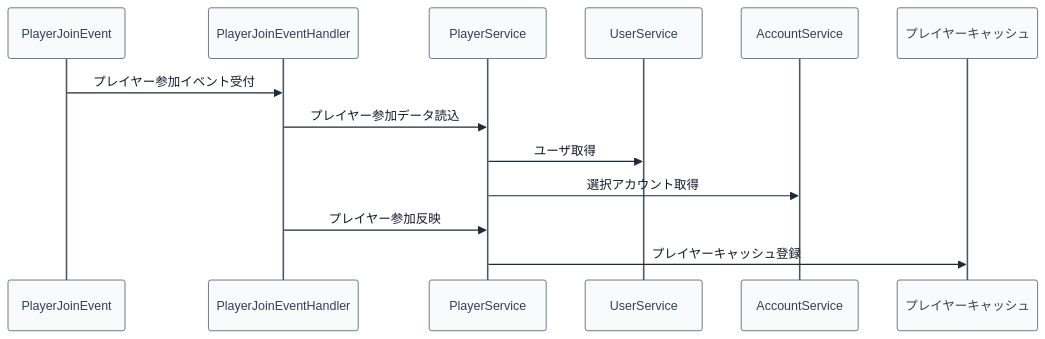
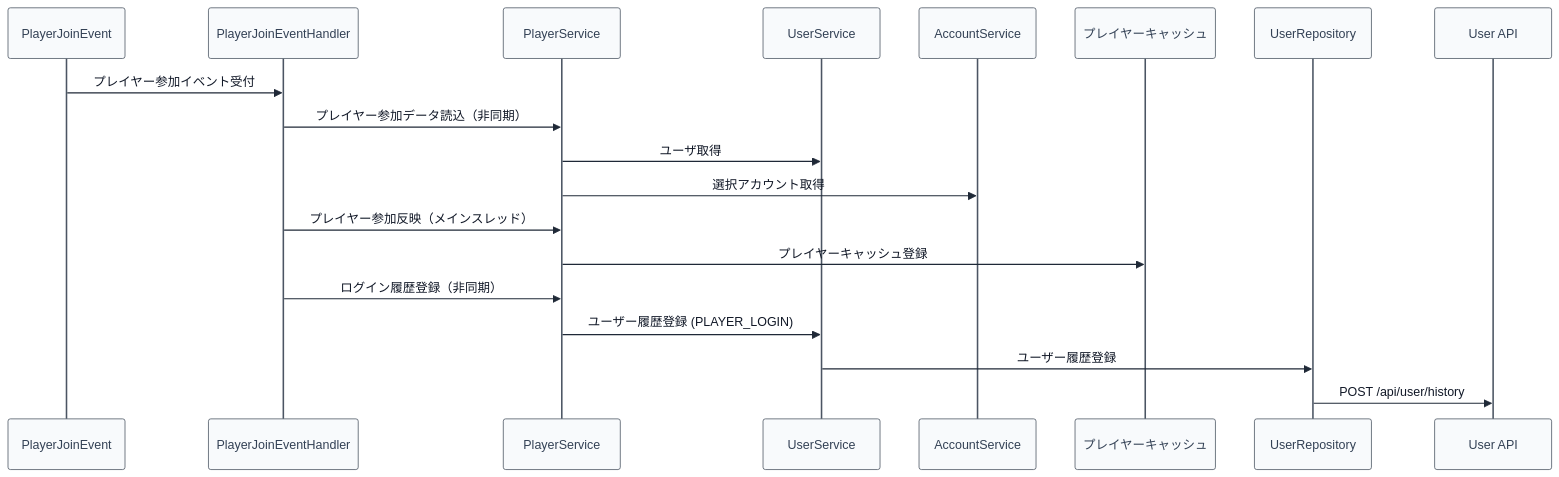
Before and after one commit to maaasu/AstralRecord-Workspace: the diagram in 00_docs/10_プラグイン設計書/feature/03-player/4-統合フロー/03_4.00-統合フロー.md, drawn with Mermaid. The commit also changed other lines of this file and 55 other files, not shown here.

````diff
--- a/00_docs/10_プラグイン設計書/feature/03-player/4-統合フロー/03_4.00-統合フロー.md
+++ b/00_docs/10_プラグイン設計書/feature/03-player/4-統合フロー/03_4.00-統合フロー.md
@@ -5,17 +5,23 @@
 ```mermaid
 %%{init: {"theme": "base", "themeVariables": {"lineColor": "#1f2937", "signalColor": "#1f2937", "signalTextColor": "#111827", "actorBkg": "#f8fafc", "actorBorder": "#4b5563", "actorTextColor": "#334155", "labelBoxBkgColor": "#ffffff", "labelBoxBorderColor": "#374151", "labelTextColor": "#111827"}}}%%
 sequenceDiagram
     participant EVT as PlayerJoinEvent
     participant H as PlayerJoinEventHandler
     participant PS as PlayerService
     participant US as UserService
     participant AS as AccountService
     participant C as プレイヤーキャッシュ
+    participant UR as UserRepository
+    participant API as User API
 
     EVT->>H: プレイヤー参加イベント受付
-    H->>PS: プレイヤー参加データ読込
+    H->>PS: プレイヤー参加データ読込（非同期）
     PS->>US: ユーザ取得
     PS->>AS: 選択アカウント取得
-    H->>PS: プレイヤー参加反映
+    H->>PS: プレイヤー参加反映（メインスレッド）
     PS->>C: プレイヤーキャッシュ登録
+    H->>PS: ログイン履歴登録（非同期）
+    PS->>US: ユーザー履歴登録 (PLAYER_LOGIN)
+    US->>UR: ユーザー履歴登録
+    UR->>API: POST /api/user/history
 ```
````
